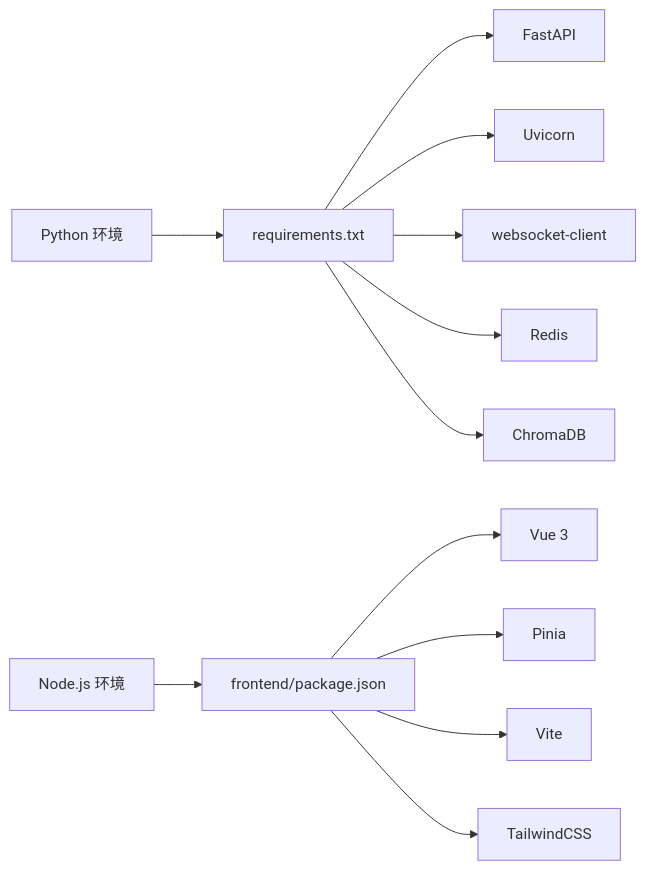
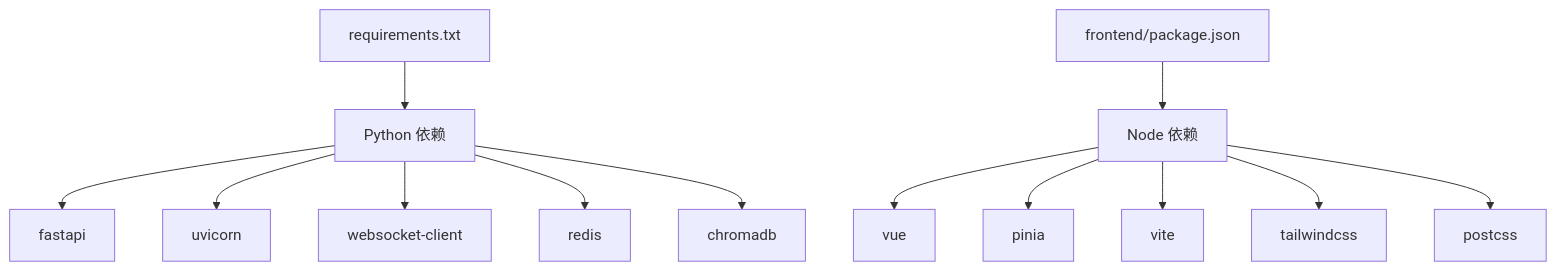
One commit to Moon-Force/DouYin_llm changed the seventh of 7 diagrams in .qoder/repowiki/zh/content/快速开始.md. Above: the diagram before and after it, drawn with Mermaid. The commit also changed other lines of this file and 218 other files, not shown here.

````diff
--- a/.qoder/repowiki/zh/content/快速开始.md
+++ b/.qoder/repowiki/zh/content/快速开始.md
@@ -191,14 +247,15 @@
 ```mermaid
-graph LR
-PY["Python 环境"] --> REQ["requirements.txt"]
-REQ --> FA["FastAPI"]
-REQ --> UC["Uvicorn"]
-REQ --> WC["websocket-client"]
-REQ --> RD["Redis"]
-REQ --> CB["ChromaDB"]
-NODE["Node.js 环境"] --> PKG["frontend/package.json"]
-PKG --> VUE["Vue 3"]
-PKG --> PIN["Pinia"]
-PKG --> VITE["Vite"]
-PKG --> TAIL["TailwindCSS"]
+graph TB
+R["requirements.txt"] --> P["Python 依赖"]
+P --> P1["fastapi"]
+P --> P2["uvicorn"]
+P --> P3["websocket-client"]
+P --> P4["redis"]
+P --> P5["chromadb"]
+N["frontend/package.json"] --> J["Node 依赖"]
+J --> J1["vue"]
+J --> J2["pinia"]
+J --> J3["vite"]
+J --> J4["tailwindcss"]
+J --> J5["postcss"]
 ```
````
